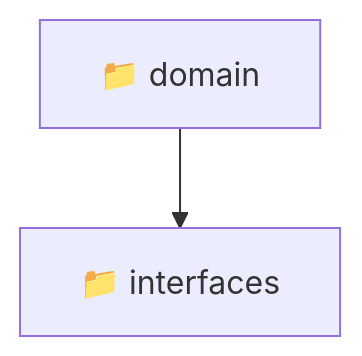
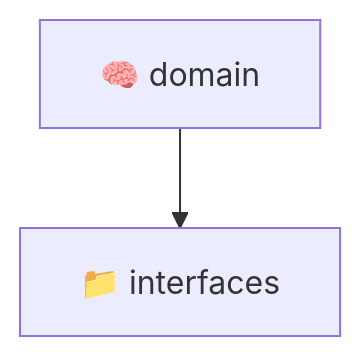
The diagram in backend/src/modules/admin-settings/domain/README.md (beginwebdev2002/fullstack-mavluda), drawn with Mermaid before and after one commit. The commit also changed other lines of this file and 156 other files, not shown here.

First line of the commit message:
docs: generate comprehensive localized readmes for 100% architectural transparency

````diff
--- a/backend/src/modules/admin-settings/domain/README.md
+++ b/backend/src/modules/admin-settings/domain/README.md
@@ -10,5 +9,5 @@
 ```mermaid
 graph TD
-  Root["📁 domain"]
-  Root --> interfaces["📁 interfaces"]
+  domain["🧠 domain"]
+  domain --> interfaces["📁 interfaces"]
 ```
````
